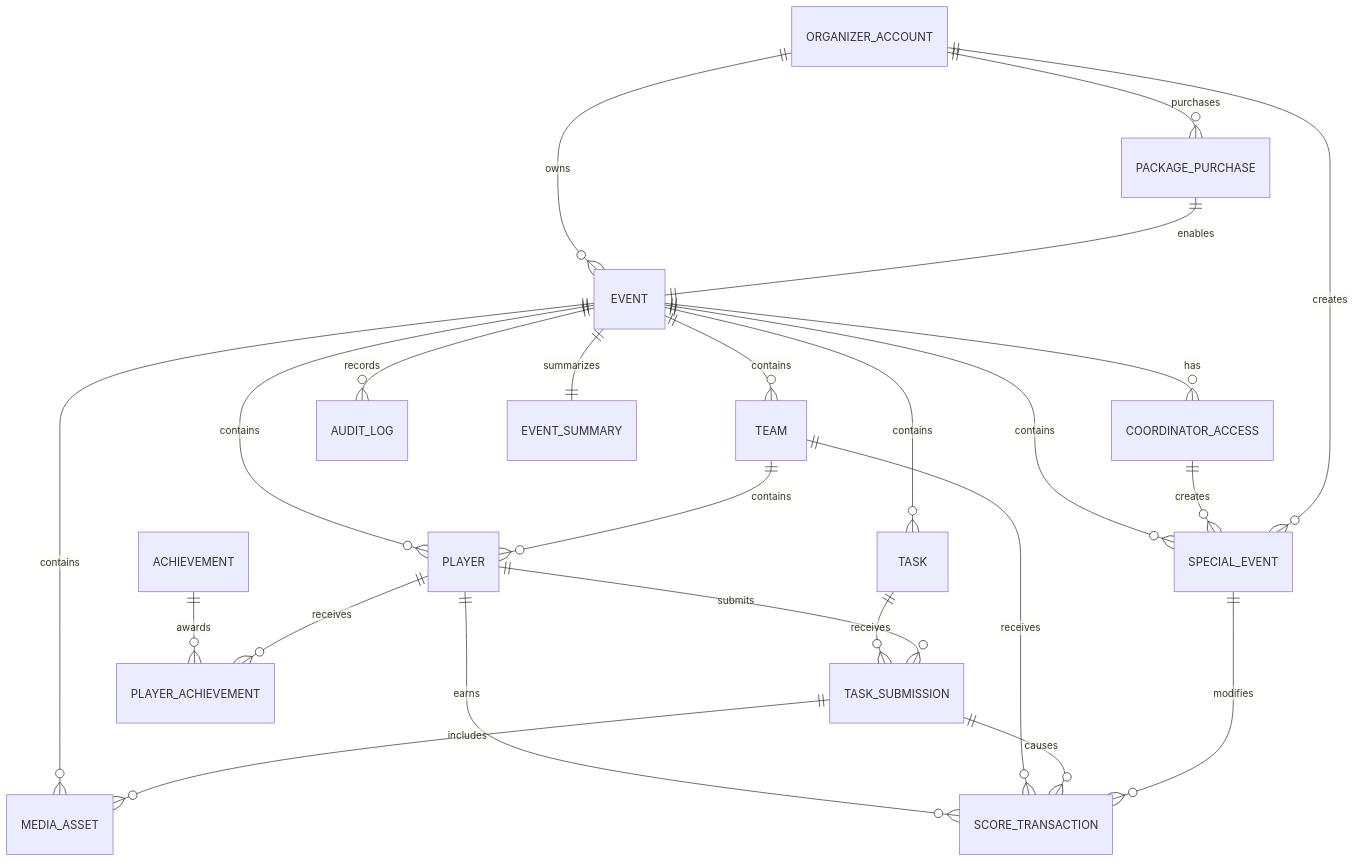
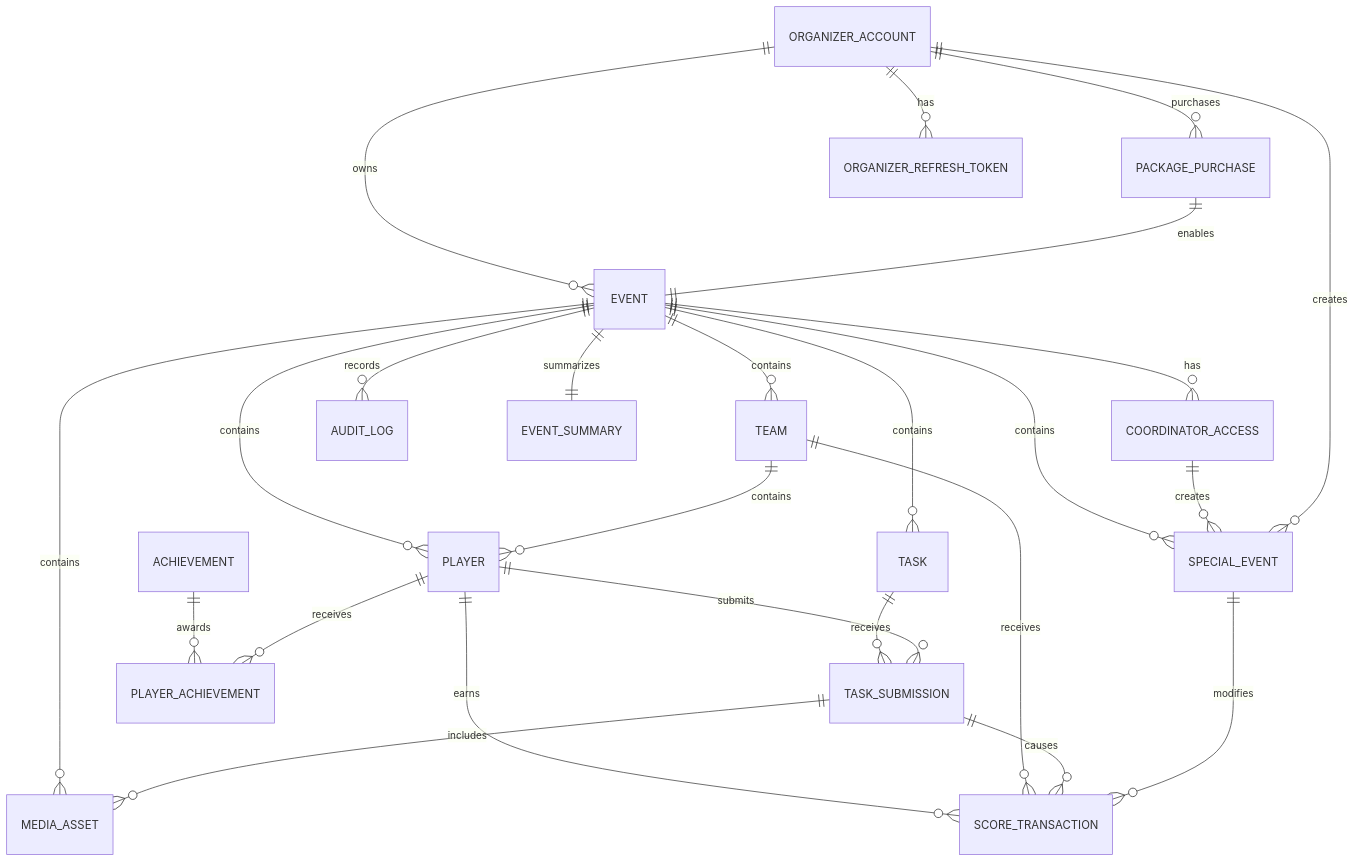
Before and after one commit to TropDog/EventQuest: the diagram in docs/ERD.md, drawn with Mermaid. The commit also changed other lines of this file and 37 other files, not shown here.

````diff
--- a/docs/ERD.md
+++ b/docs/ERD.md
@@ -15,35 +15,36 @@
 ```mermaid
 erDiagram
 
     ORGANIZER_ACCOUNT ||--o{ PACKAGE_PURCHASE : purchases
     ORGANIZER_ACCOUNT ||--o{ EVENT : owns
+    ORGANIZER_ACCOUNT ||--o{ ORGANIZER_REFRESH_TOKEN : has
 
     PACKAGE_PURCHASE ||--|| EVENT : enables
 
     EVENT ||--o{ COORDINATOR_ACCESS : has
     EVENT ||--o{ PLAYER : contains
     EVENT ||--o{ TEAM : contains
     EVENT ||--o{ TASK : contains
     EVENT ||--o{ SPECIAL_EVENT : contains
     EVENT ||--o{ MEDIA_ASSET : contains
     EVENT ||--o{ AUDIT_LOG : records
     EVENT ||--|| EVENT_SUMMARY : summarizes
 
     TEAM ||--o{ PLAYER : contains
 
     TASK ||--o{ TASK_SUBMISSION : receives
     PLAYER ||--o{ TASK_SUBMISSION : submits
 
     TASK_SUBMISSION ||--o{ MEDIA_ASSET : includes
 
     PLAYER ||--o{ SCORE_TRANSACTION : earns
     TEAM ||--o{ SCORE_TRANSACTION : receives
     TASK_SUBMISSION ||--o{ SCORE_TRANSACTION : causes
     SPECIAL_EVENT ||--o{ SCORE_TRANSACTION : modifies
 
     ACHIEVEMENT ||--o{ PLAYER_ACHIEVEMENT : awards
     PLAYER ||--o{ PLAYER_ACHIEVEMENT : receives
 
     COORDINATOR_ACCESS ||--o{ SPECIAL_EVENT : creates
     ORGANIZER_ACCOUNT ||--o{ SPECIAL_EVENT : creates
 ```
````
